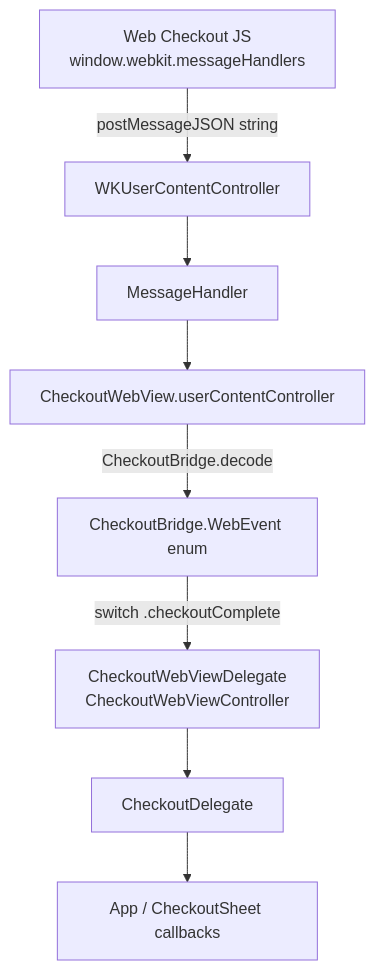
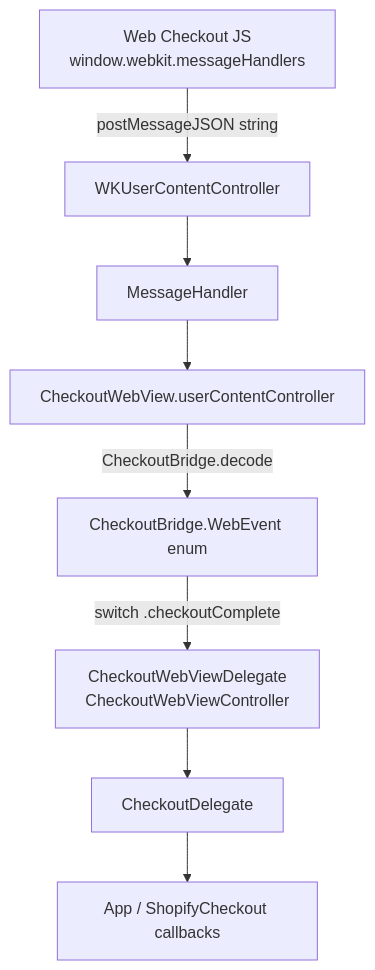
The diagram in documentation/checkout_event_flow.md (Shopify/checkout-sheet-kit-swift), drawn with Mermaid before and after one commit. The commit also changed other lines of this file and 4 other files, not shown here.

Commit message:
rename CheckoutSheet to ShopifyCheckout

````diff
--- a/documentation/checkout_event_flow.md
+++ b/documentation/checkout_event_flow.md
@@ -27,10 +27,10 @@
 ```mermaid
 flowchart
     js[Web Checkout JS<br/>window.webkit.messageHandlers] -->|postMessageJSON string| handler[WKUserContentController]
     handler --> messageHandler[MessageHandler]
     messageHandler --> webView[CheckoutWebView.userContentController]
     webView -->|CheckoutBridge.decode| webEvent[CheckoutBridge.WebEvent enum]
     webEvent -->|switch .checkoutComplete| viewDelegate[CheckoutWebViewDelegate<br/>CheckoutWebViewController]
     viewDelegate --> checkoutDelegate[CheckoutDelegate]
-    checkoutDelegate --> consumer[App / CheckoutSheet callbacks]
+    checkoutDelegate --> consumer[App / ShopifyCheckout callbacks]
 ```
````
